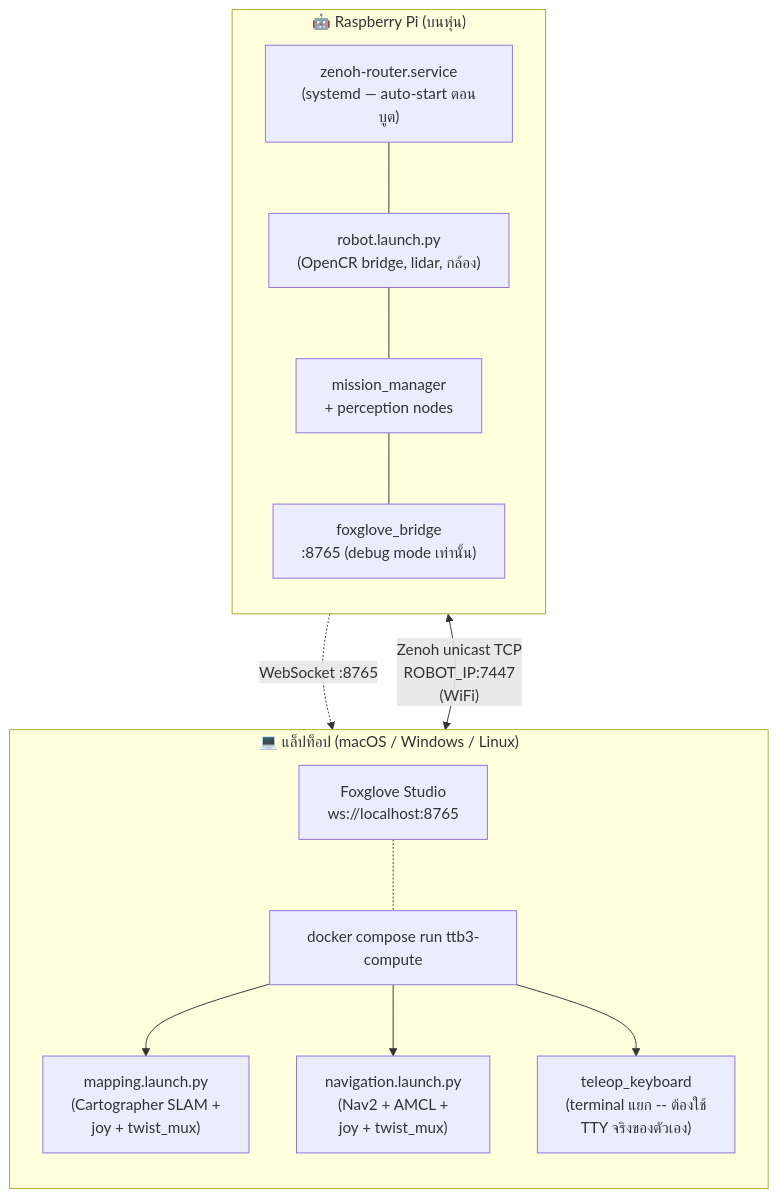
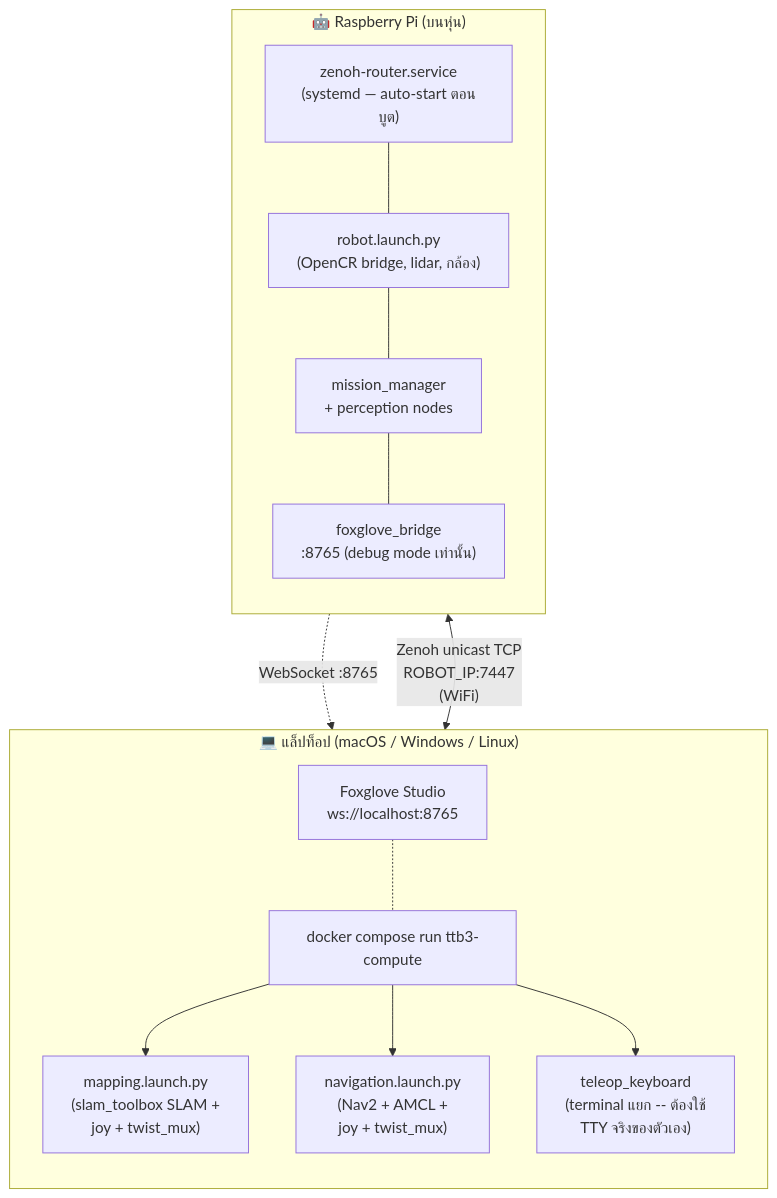
The diagram in docs/th/09-compute-pc.md (robotkub/turtlebot3), drawn with Mermaid before and after one commit. The commit also changed other lines of this file and 18 other files, not shown here.

````diff
--- a/docs/th/09-compute-pc.md
+++ b/docs/th/09-compute-pc.md
@@ -27,29 +27,29 @@
 ```mermaid
 graph TB
     subgraph Pi["🤖 Raspberry Pi (บนหุ่น)"]
         direction TB
         ZR["zenoh-router.service\n(systemd — auto-start ตอนบูต)"]
         RB["robot.launch.py\n(OpenCR bridge, lidar, กล้อง)"]
         MI["mission_manager\n+ perception nodes"]
         FB["foxglove_bridge\n:8765 (debug mode เท่านั้น)"]
         ZR --- RB
         RB --- MI
         MI --- FB
     end
 
     subgraph Laptop["💻 แล็ปท็อป (macOS / Windows / Linux)"]
         direction TB
         DC["docker compose run ttb3-compute"]
-        MAP["mapping.launch.py\n(Cartographer SLAM +\njoy + twist_mux)"]
+        MAP["mapping.launch.py\n(slam_toolbox SLAM +\njoy + twist_mux)"]
         NAV["navigation.launch.py\n(Nav2 + AMCL +\njoy + twist_mux)"]
         TP["teleop_keyboard\n(terminal แยก -- ต้องใช้\nTTY จริงของตัวเอง)"]
         FOX["Foxglove Studio\nws://localhost:8765"]
         DC --> MAP
         DC --> NAV
         DC --> TP
         FOX -.- DC
     end
 
     Pi <-->|"Zenoh unicast TCP\nROBOT_IP:7447\n(WiFi)"| Laptop
     FB -.->|"WebSocket :8765"| FOX
 ```
````
